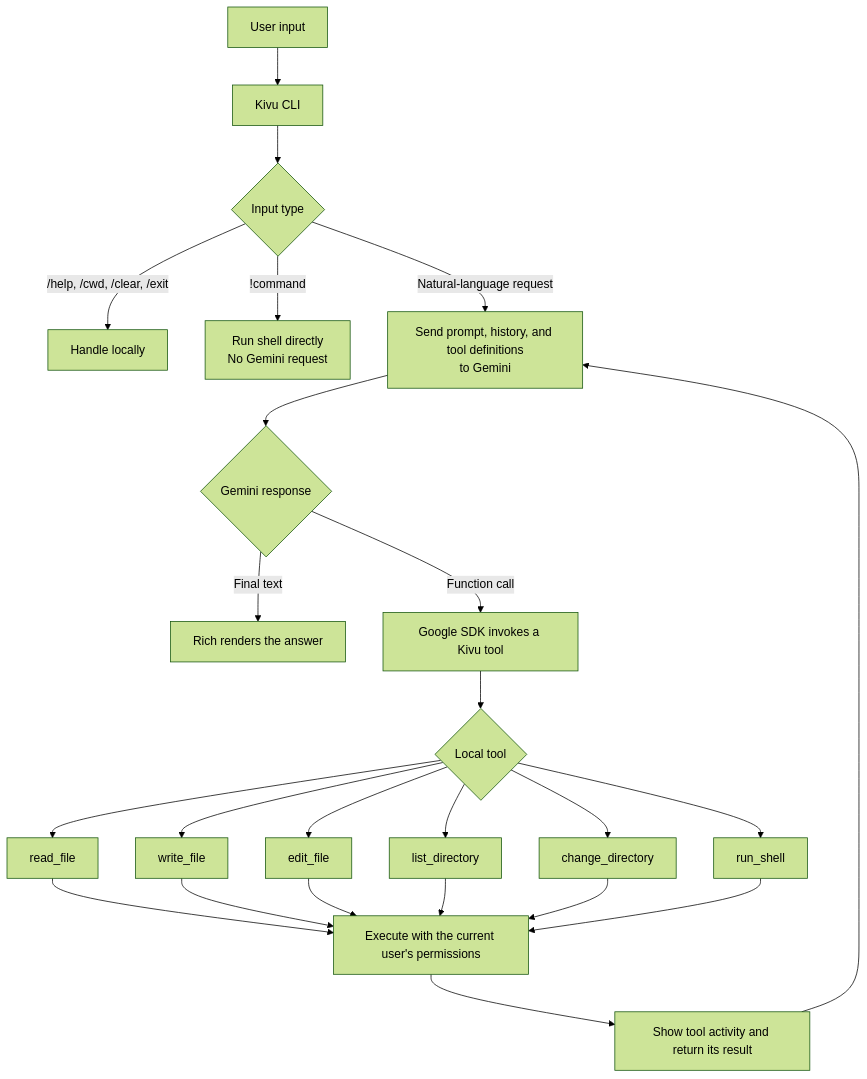
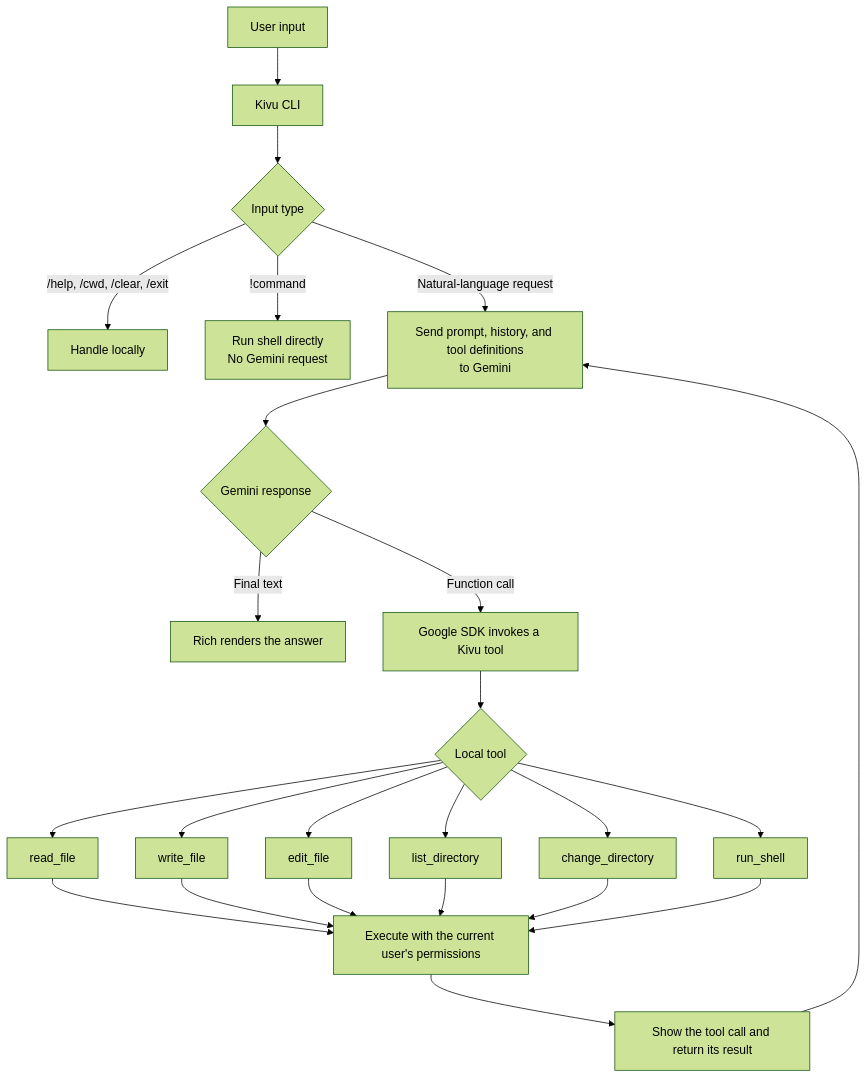
The diagram in README.md (ABHISHEKBARNWAL1301/kivu), drawn with Mermaid (forest theme) before and after one commit. The commit also changed other lines of this file, not shown here.

Commit message:
Update README.md to improve command descriptions and clarify tool activity output

````diff
--- a/README.md
+++ b/README.md
@@ -98,31 +98,31 @@
 ```mermaid
 flowchart TD
     A["User input"] --> B["Kivu CLI"]
     B --> C{"Input type"}
 
     C -->|"/help, /cwd, /clear, /exit"| D["Handle locally"]
     C -->|"!command"| E["Run shell directly<br/>No Gemini request"]
     C -->|"Natural-language request"| F["Send prompt, history, and tool definitions<br/>to Gemini"]
 
     F --> G{"Gemini response"}
     G -->|"Final text"| H["Rich renders the answer"]
     G -->|"Function call"| I["Google SDK invokes a Kivu tool"]
 
     I --> J{"Local tool"}
     J --> J1["read_file"]
     J --> J2["write_file"]
     J --> J3["edit_file"]
     J --> J4["list_directory"]
     J --> J5["change_directory"]
     J --> J6["run_shell"]
 
     J1 --> K["Execute with the current user's permissions"]
     J2 --> K
     J3 --> K
     J4 --> K
     J5 --> K
     J6 --> K
 
-    K --> L["Show tool activity and return its result"]
+    K --> L["Show the tool call and return its result"]
     L --> F
 ```
````
